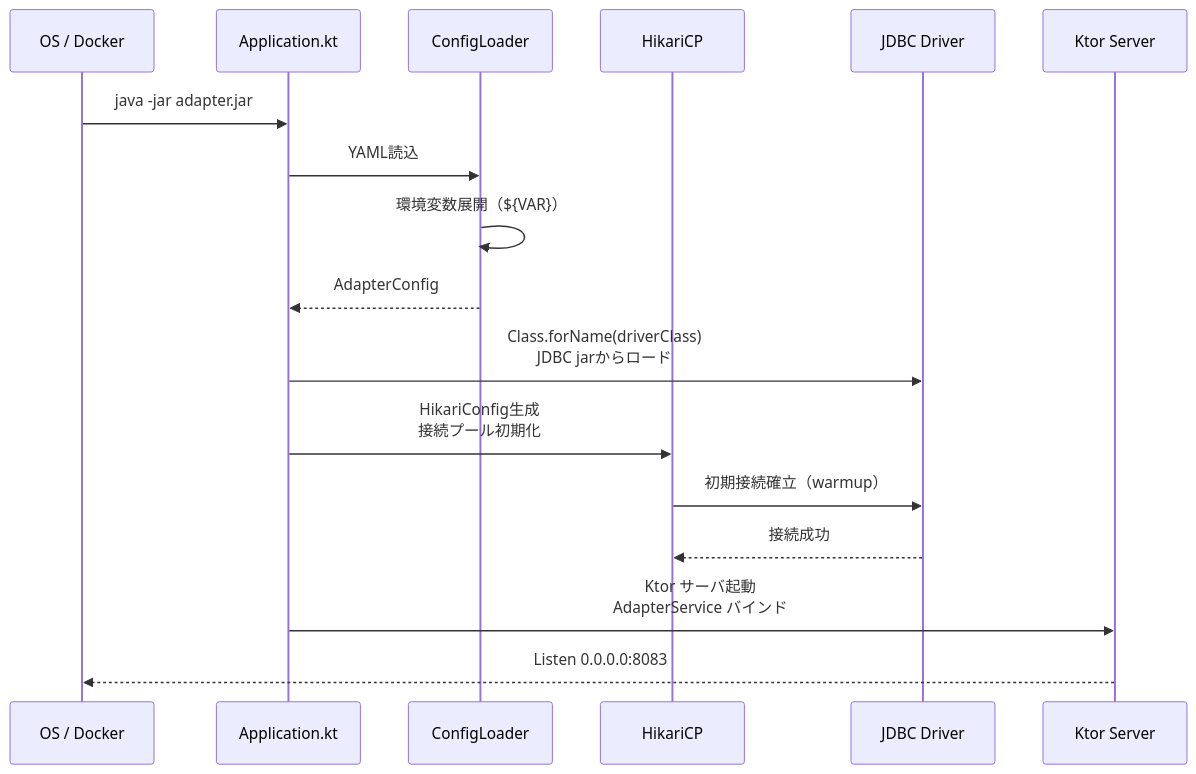
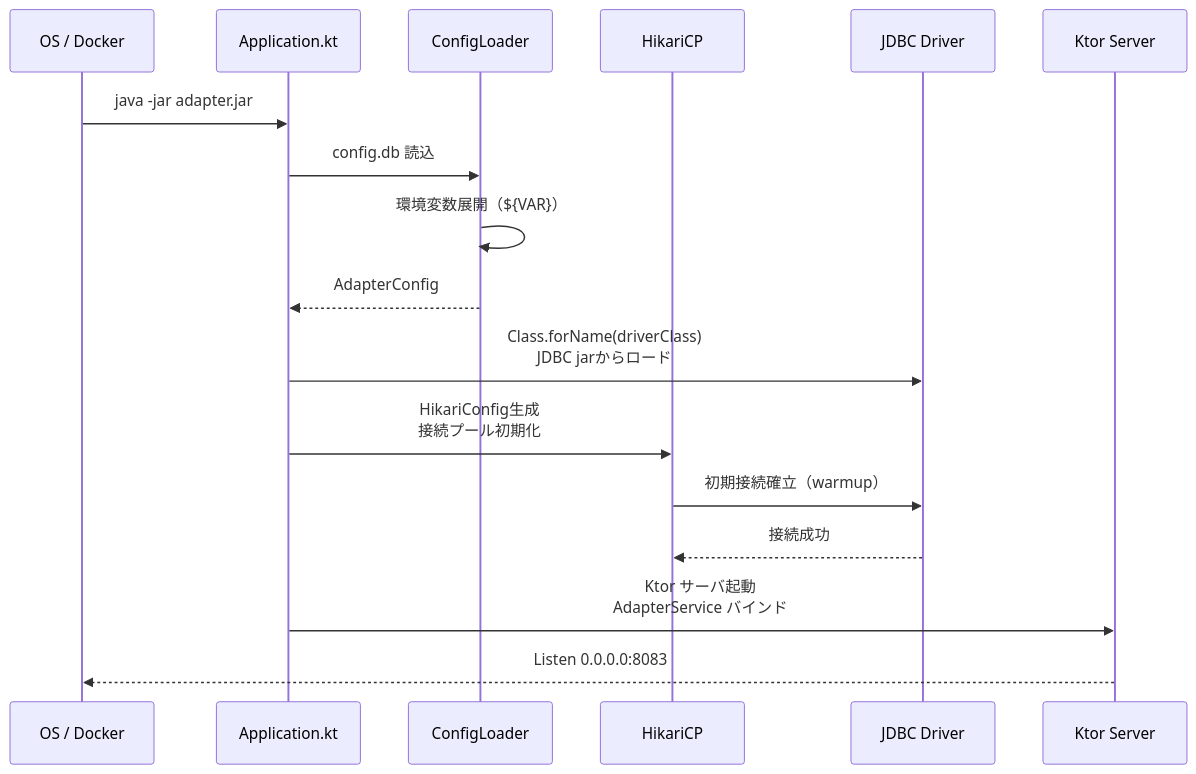
Before and after one commit to sugimomoto/KintoneExternalAppCDataSample: the fourth of 11 diagrams in docs/functional-design.md, drawn with Mermaid. The commit also changed other lines of this file and 85 other files, not shown here.

````diff
--- a/docs/functional-design.md
+++ b/docs/functional-design.md
@@ -133,20 +133,20 @@
 ```mermaid
 sequenceDiagram
     participant OS as OS / Docker
     participant APP as Application.kt
     participant CFG as ConfigLoader
     participant POOL as HikariCP
     participant J as JDBC Driver
     participant SRV as Ktor Server
     
     OS->>APP: java -jar adapter.jar
-    APP->>CFG: YAML読込
+    APP->>CFG: config.db 読込
     CFG->>CFG: 環境変数展開（${VAR}）
     CFG-->>APP: AdapterConfig
     APP->>J: Class.forName(driverClass)<br/>JDBC jarからロード
     APP->>POOL: HikariConfig生成<br/>接続プール初期化
     POOL->>J: 初期接続確立（warmup）
     J-->>POOL: 接続成功
     APP->>SRV: Ktor サーバ起動<br/>AdapterService バインド
     SRV-->>OS: Listen 0.0.0.0:8083
 ```
````
